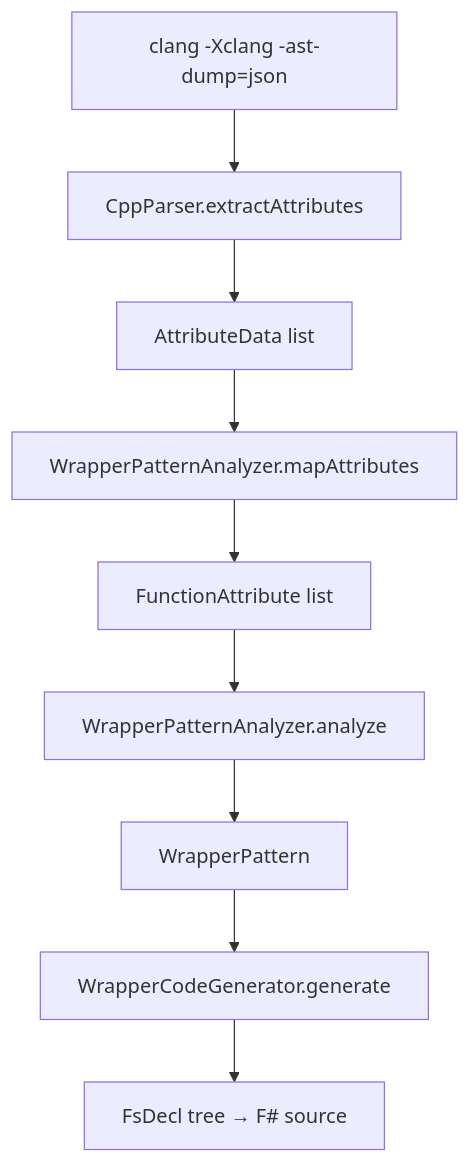
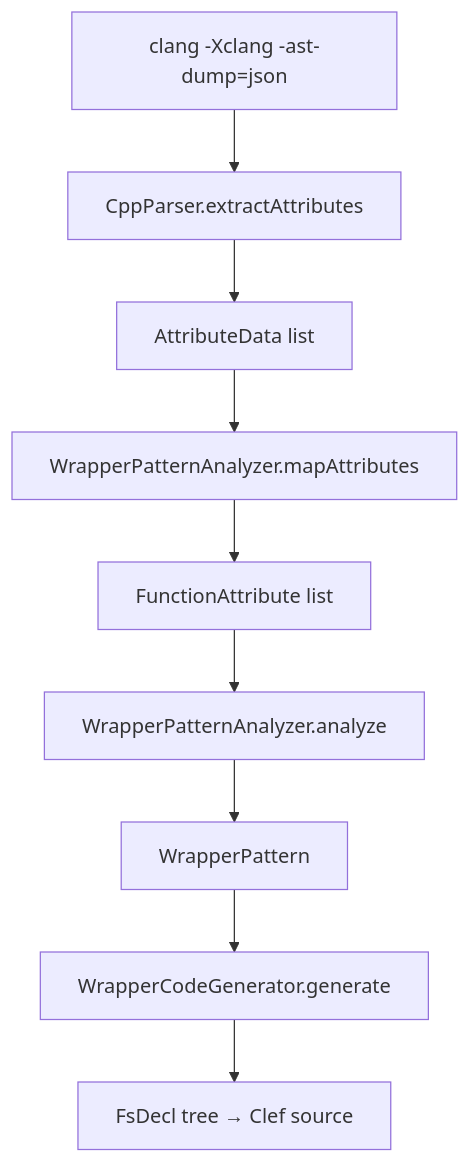
One commit to FidelityFramework/Farscape changed the diagram in docs/05_Wrapper_Generation.md. Above: the diagram before and after it, drawn with Mermaid. The commit also changed other lines of this file and 34 other files, not shown here.

````diff
--- a/docs/05_Wrapper_Generation.md
+++ b/docs/05_Wrapper_Generation.md
@@ -27,11 +27,11 @@
 ```mermaid
 flowchart TD
     A["clang -Xclang -ast-dump=json"] --> B["CppParser.extractAttributes"]
     B --> C["AttributeData list"]
     C --> D["WrapperPatternAnalyzer.mapAttributes"]
     D --> E["FunctionAttribute list"]
     E --> F["WrapperPatternAnalyzer.analyze"]
     F --> G["WrapperPattern"]
     G --> H["WrapperCodeGenerator.generate"]
-    H --> I["FsDecl tree → F# source"]
+    H --> I["FsDecl tree → Clef source"]
 ```
````
